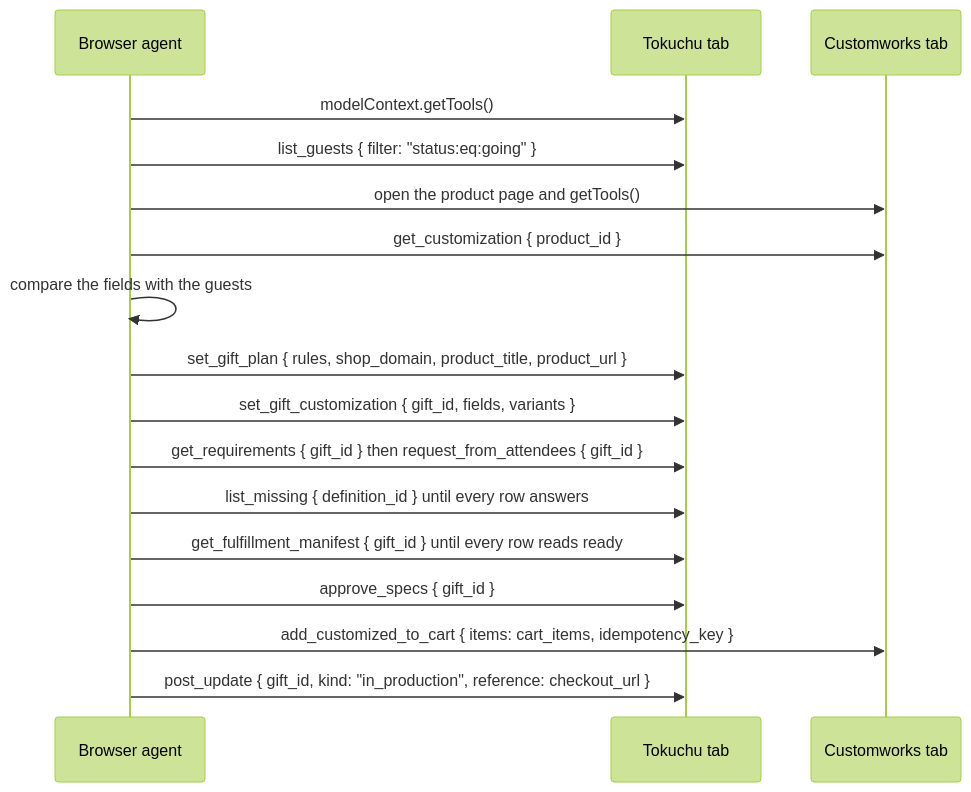
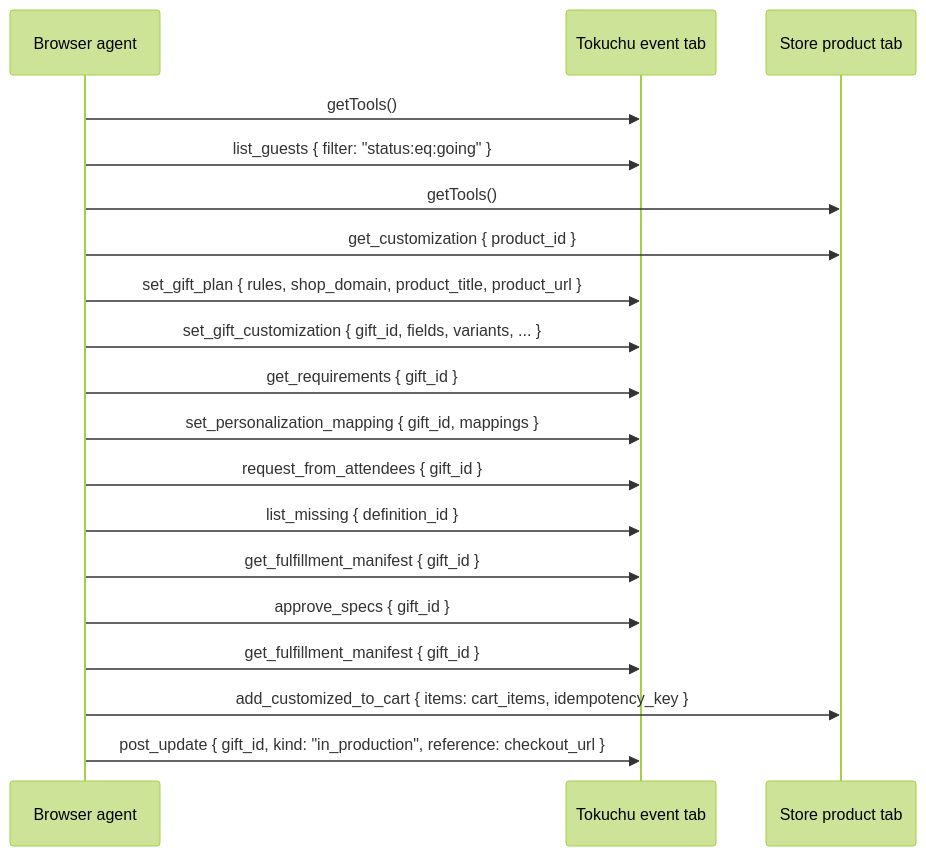
One commit to reversely/tokuchu changed the first of 2 diagrams in README.md. Above: the diagram before and after it, drawn with Mermaid (forest theme). The commit also changed other lines of this file, not shown here.

````diff
--- a/README.md
+++ b/README.md
@@ -11,19 +107,21 @@
 ```mermaid
 sequenceDiagram
     participant A as Browser agent
-    participant T as Tokuchu tab
-    participant C as Customworks tab
-    A->>T: modelContext.getTools()
+    participant T as Tokuchu event tab
+    participant S as Store product tab
+    A->>T: getTools()
     A->>T: list_guests { filter: "status:eq:going" }
-    A->>C: open the product page and getTools()
-    A->>C: get_customization { product_id }
-    A->>A: compare the fields with the guests
+    A->>S: getTools()
+    A->>S: get_customization { product_id }
     A->>T: set_gift_plan { rules, shop_domain, product_title, product_url }
-    A->>T: set_gift_customization { gift_id, fields, variants }
-    A->>T: get_requirements { gift_id } then request_from_attendees { gift_id }
-    A->>T: list_missing { definition_id } until every row answers
-    A->>T: get_fulfillment_manifest { gift_id } until every row reads ready
+    A->>T: set_gift_customization { gift_id, fields, variants, ... }
+    A->>T: get_requirements { gift_id }
+    A->>T: set_personalization_mapping { gift_id, mappings }
+    A->>T: request_from_attendees { gift_id }
+    A->>T: list_missing { definition_id }
+    A->>T: get_fulfillment_manifest { gift_id }
     A->>T: approve_specs { gift_id }
-    A->>C: add_customized_to_cart { items: cart_items, idempotency_key }
+    A->>T: get_fulfillment_manifest { gift_id }
+    A->>S: add_customized_to_cart { items: cart_items, idempotency_key }
     A->>T: post_update { gift_id, kind: "in_production", reference: checkout_url }
 ```
````
